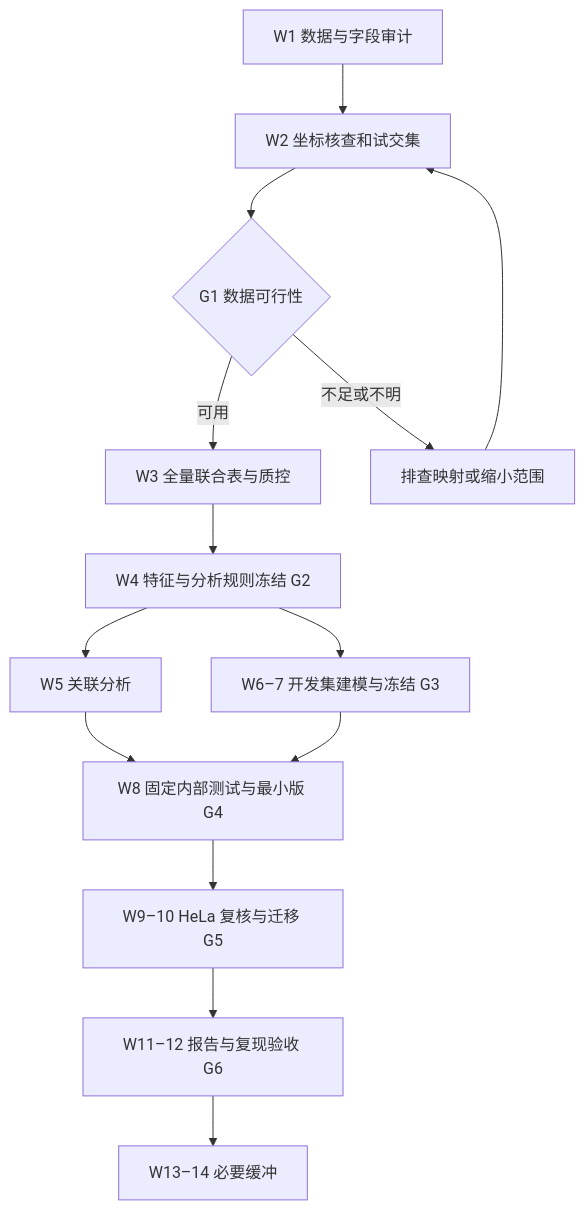
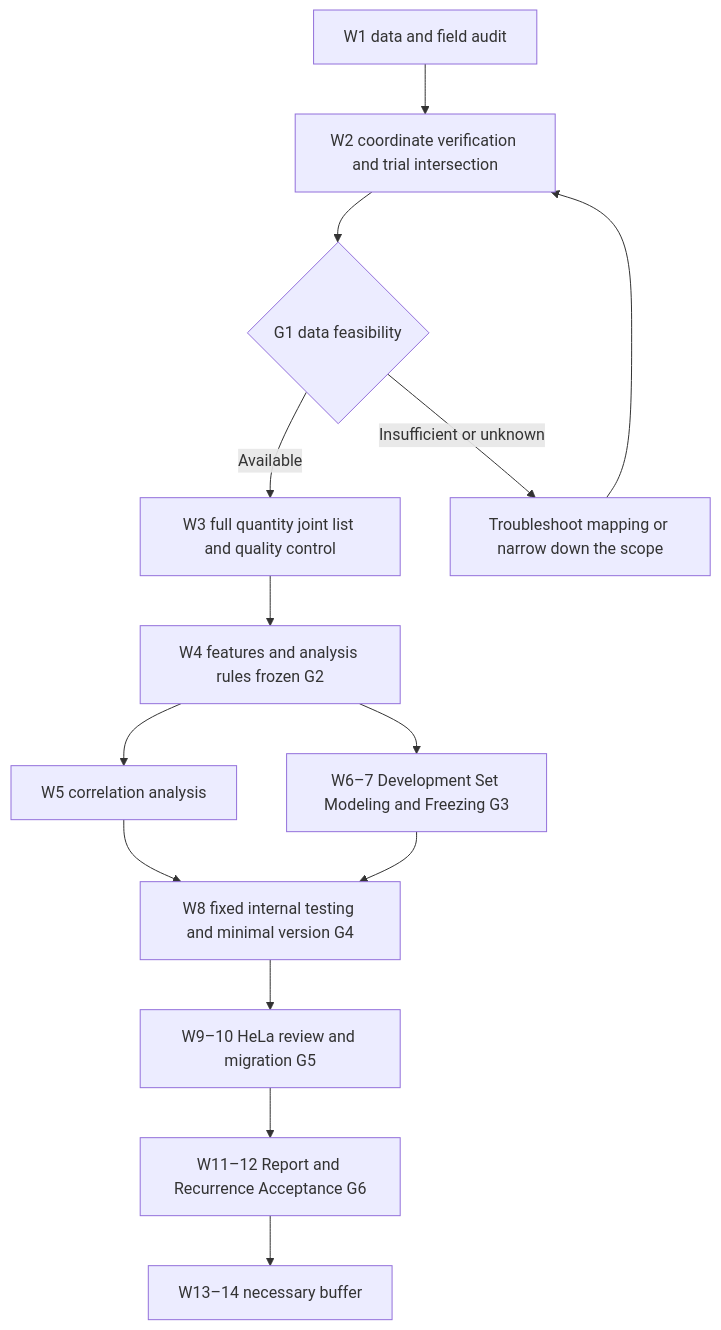
One commit to AmamiyaHitomi/RNAmodStruct changed the diagram in docs/research_notes/ModStruct_完整执行路线图.md. Above: the diagram before and after it, drawn with Mermaid. The commit also changed other lines of this file and 251 other files, not shown here.

````diff
--- a/docs/research_notes/ModStruct_完整执行路线图.md
+++ b/docs/research_notes/ModStruct_完整执行路线图.md
@@ -36,16 +34,16 @@
 ```mermaid
 flowchart TD
-    A[W1 数据与字段审计] --> B[W2 坐标核查和试交集]
-    B --> C{G1 数据可行性}
-    C -->|可用| D[W3 全量联合表与质控]
-    C -->|不足或不明| E[排查映射或缩小范围]
+    A[W1 data and field audit] --> B[W2 coordinate verification and trial intersection]
+    B --> C{G1 data feasibility}
+    C -->|Available| D[W3 full quantity joint list and quality control]
+    C -->|Insufficient or unknown| E[Troubleshoot mapping or narrow down the scope]
     E --> B
-    D --> F[W4 特征与分析规则冻结 G2]
-    F --> G[W5 关联分析]
-    F --> H[W6–7 开发集建模与冻结 G3]
-    G --> I[W8 固定内部测试与最小版 G4]
+    D --> F[W4 features and analysis rules frozen G2]
+    F --> G[W5 correlation analysis]
+    F --> H[W6–7 Development Set Modeling and Freezing G3]
+    G --> I[W8 fixed internal testing and minimal version G4]
     H --> I
-    I --> J[W9–10 HeLa 复核与迁移 G5]
-    J --> K[W11–12 报告与复现验收 G6]
-    K --> L[W13–14 必要缓冲]
+    I --> J[W9–10 HeLa review and migration G5]
+    J --> K[W11–12 Report and Recurrence Acceptance G6]
+    K --> L[W13–14 necessary buffer]
 ```
````
